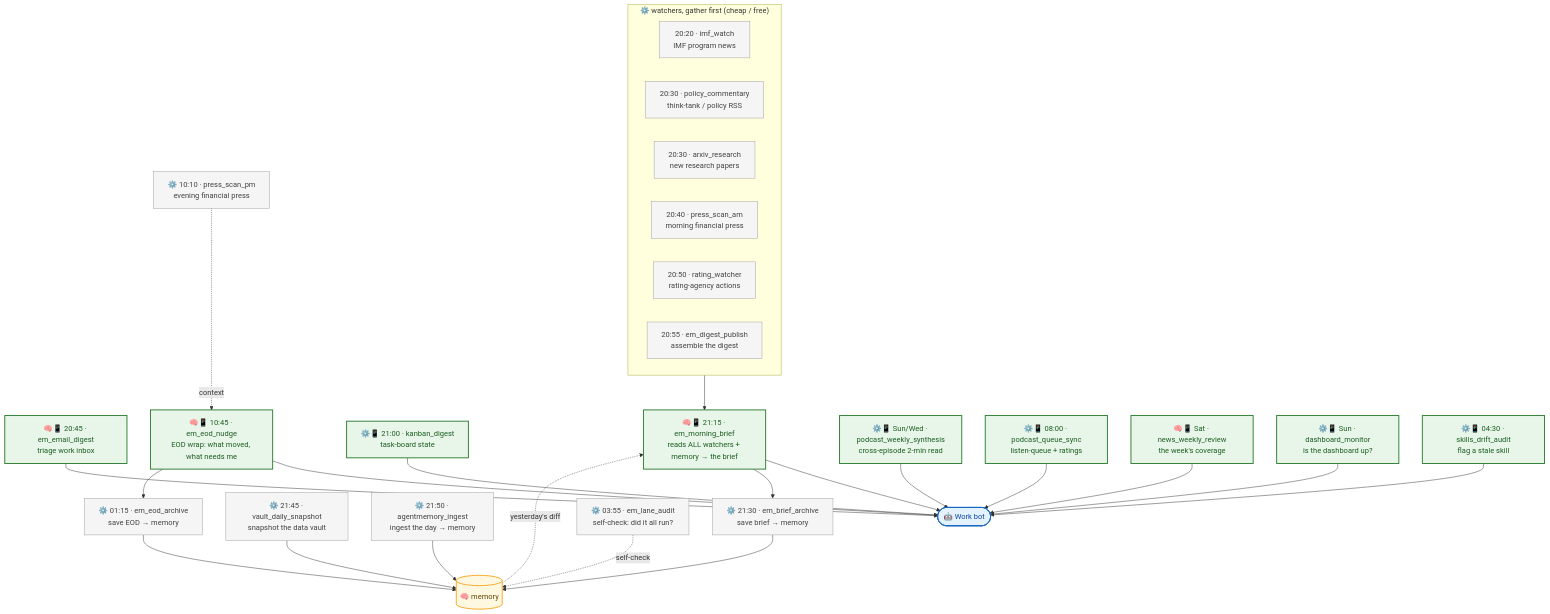
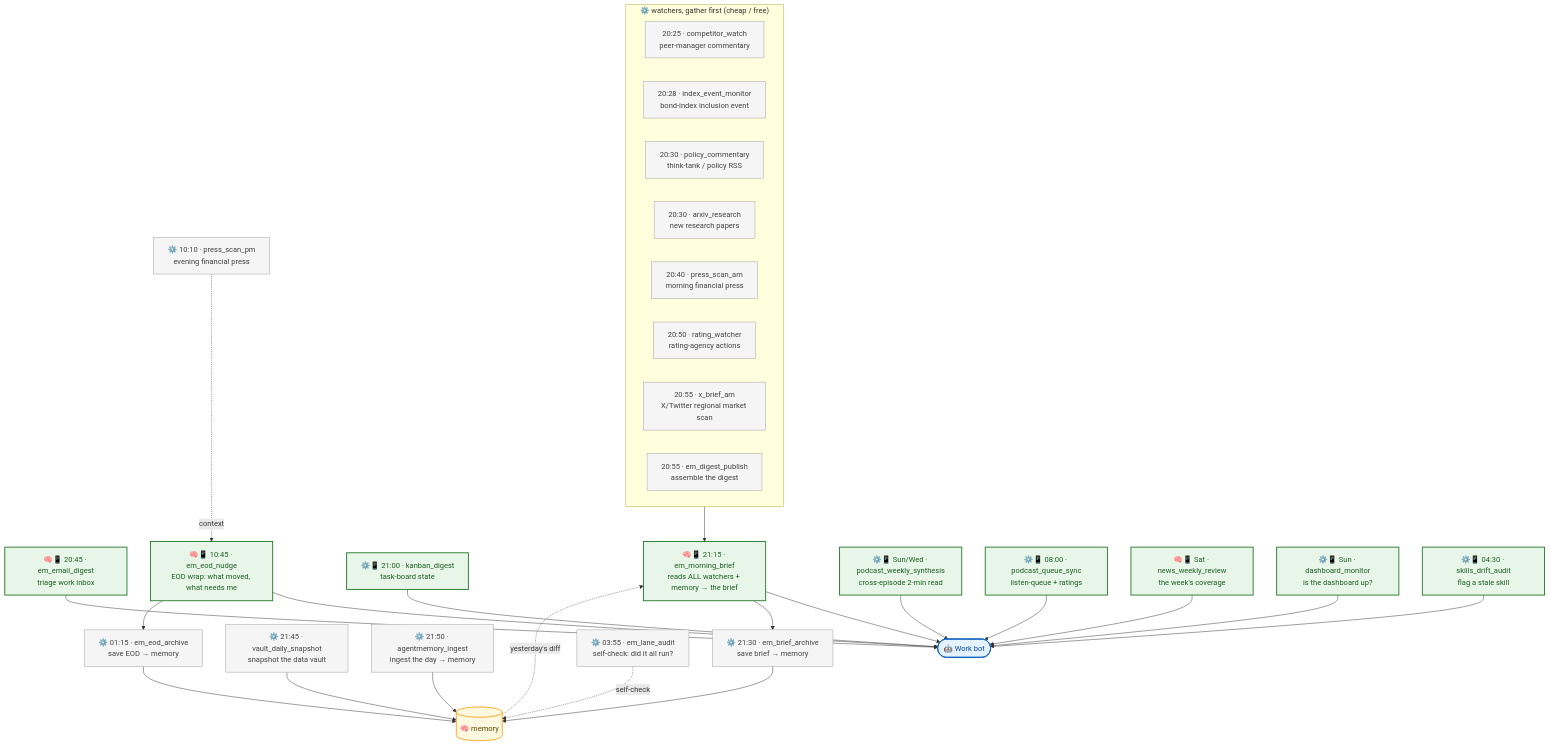
Before and after one commit to nickmuchi87/hermes-agents-showcase: the second of 6 diagrams in docs/08-the-fleet-map.md, drawn with Mermaid. The commit also changed other lines of this file and 13 other files, not shown here.

````diff
--- a/docs/08-the-fleet-map.md
+++ b/docs/08-the-fleet-map.md
@@ -69,53 +69,55 @@
 ```mermaid
 flowchart TB
     subgraph WS["⚙️ watchers, gather first (cheap / free)"]
         direction LR
-        w_imf["20:20 · imf_watch<br/>IMF program news"]:::plumb
+        w_cmp["20:25 · competitor_watch<br/>peer-manager commentary"]:::plumb
+        w_idx["20:28 · index_event_monitor<br/>bond-index inclusion event"]:::plumb
         w_pol["20:30 · policy_commentary<br/>think-tank / policy RSS"]:::plumb
         w_arx["20:30 · arxiv_research<br/>new research papers"]:::plumb
         w_prs["20:40 · press_scan_am<br/>morning financial press"]:::plumb
         w_rat["20:50 · rating_watcher<br/>rating-agency actions"]:::plumb
+        w_x["20:55 · x_brief_am<br/>X/Twitter regional market scan"]:::plumb
         w_pub["20:55 · em_digest_publish<br/>assemble the digest"]:::plumb
     end
     eml["🧠📱 20:45 · em_email_digest<br/>triage work inbox"]:::ping
     brief["🧠📱 21:15 · em_morning_brief<br/>reads ALL watchers + memory → the brief"]:::ping
     kan["⚙️📱 21:00 · kanban_digest<br/>task-board state"]:::ping
     arch["⚙️ 21:30 · em_brief_archive<br/>save brief → memory"]:::plumb
     vault["⚙️ 21:45 · vault_daily_snapshot<br/>snapshot the data vault"]:::plumb
     ingest["⚙️ 21:50 · agentmemory_ingest<br/>ingest the day → memory"]:::plumb
     prspm["⚙️ 10:10 · press_scan_pm<br/>evening financial press"]:::plumb
     eod["🧠📱 10:45 · em_eod_nudge<br/>EOD wrap: what moved, what needs me"]:::ping
     eoda["⚙️ 01:15 · em_eod_archive<br/>save EOD → memory"]:::plumb
     pod["⚙️📱 Sun/Wed · podcast_weekly_synthesis<br/>cross-episode 2-min read"]:::ping
     pq["⚙️📱 08:00 · podcast_queue_sync<br/>listen-queue + ratings"]:::ping
     nwr["🧠📱 Sat · news_weekly_review<br/>the week's coverage"]:::ping
     dash["⚙️📱 Sun · dashboard_monitor<br/>is the dashboard up?"]:::ping
     aud["⚙️ 03:55 · em_lane_audit<br/>self-check: did it all run?"]:::plumb
     drift["⚙️📱 04:30 · skills_drift_audit<br/>flag a stale skill"]:::ping
     mem[("🧠 memory")]:::mem
     bot(["🤖 Work bot"]):::bot
 
     WS --> brief
     mem -. "yesterday's diff" .-> brief
     brief --> bot
     eml --> bot
     kan --> bot
     brief --> arch --> mem
     vault --> mem
     ingest --> mem
     prspm -. "context" .-> eod
     eod --> bot
     eod --> eoda --> mem
     pod --> bot
     pq --> bot
     nwr --> bot
     dash --> bot
     drift --> bot
     aud -. "self-check" .-> mem
 
     classDef agent fill:#ede7f6,stroke:#5e35b1,color:#311b92;
     classDef plumb fill:#f5f5f5,stroke:#9e9e9e,color:#424242;
     classDef ping fill:#e8f5e9,stroke:#2e7d32,color:#1b5e20,stroke-width:2px;
     classDef mem fill:#fff8e1,stroke:#f9a825,color:#5f4300,stroke-width:2px;
     classDef bot fill:#e3f2fd,stroke:#1565c0,color:#0d47a1,stroke-width:2px;
 ```
````
